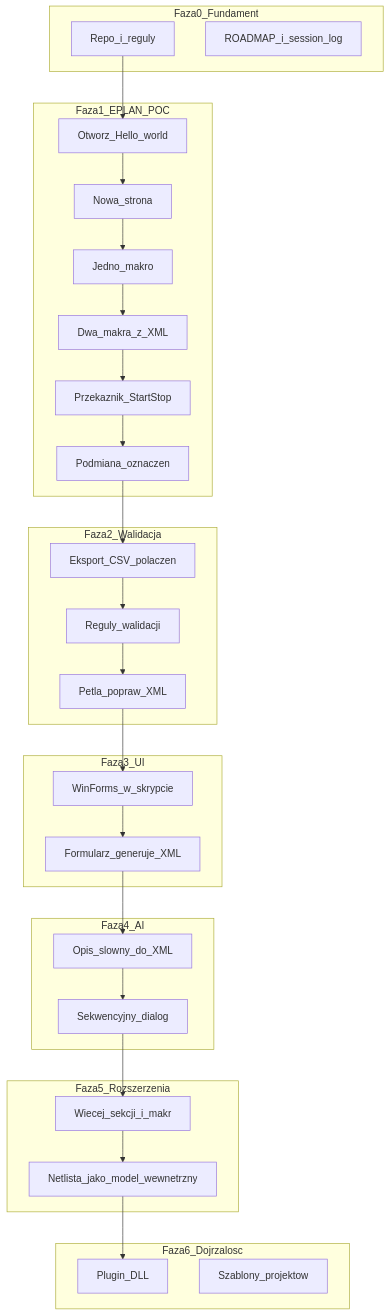
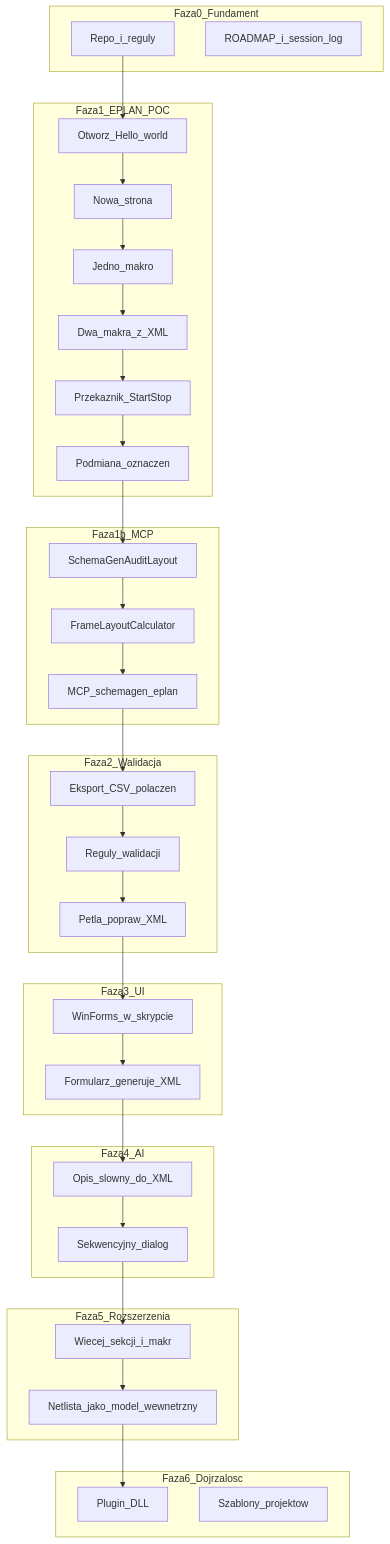
The diagram in docs/ROADMAP.md (msczosnal-lab/SchemaGen), drawn with Mermaid before and after one commit. The commit also changed other lines of this file and 24 other files, not shown here.

First line of the commit message:
Sesja 1.6: tagi silnika, FrameLayout, MCP i walidacja CSV.

````diff
--- a/docs/ROADMAP.md
+++ b/docs/ROADMAP.md
@@ -7,43 +7,49 @@
 ```mermaid
 flowchart TD
     subgraph f0 [Faza0_Fundament]
         Repo[Repo_i_reguly]
         Roadmap[ROADMAP_i_session_log]
     end
     subgraph f1 [Faza1_EPLAN_POC]
         Open[Otworz_Hello_world]
         Page[Nowa_strona]
         Macro1[Jedno_makro]
         Macro2[Dwa_makra_z_XML]
         Relay[Przekaznik_StartStop]
         Tags[Podmiana_oznaczen]
+    end
+    subgraph f1b [Faza1b_MCP]
+        MCP[MCP_schemagen_eplan]
+        Audit[SchemaGenAuditLayout]
+        Frame[FrameLayoutCalculator]
     end
     subgraph f2 [Faza2_Walidacja]
         CSV[Eksport_CSV_polaczen]
         Rules[Reguly_walidacji]
         Loop[Petla_popraw_XML]
     end
     subgraph f3 [Faza3_UI]
         Form[WinForms_w_skrypcie]
         XmlGen[Formularz_generuje_XML]
     end
     subgraph f4 [Faza4_AI]
         Parse[Opis_slowny_do_XML]
         Dialog[Sekwencyjny_dialog]
     end
     subgraph f5 [Faza5_Rozszerzenia]
         MoreMacros[Wiecej_sekcji_i_makr]
         Netlista[Netlista_jako_model_wewnetrzny]
     end
     subgraph f6 [Faza6_Dojrzalosc]
         Plugin[Plugin_DLL]
         MultiProjekt[Szablony_projektow]
     end
     Repo --> Open
     Open --> Page --> Macro1 --> Macro2 --> Relay --> Tags
-    Tags --> CSV --> Rules --> Loop
+    Tags --> Audit --> Frame --> MCP
+    MCP --> CSV --> Rules --> Loop
     Loop --> Form --> XmlGen
     XmlGen --> Parse --> Dialog
     Dialog --> MoreMacros --> Netlista
     Netlista --> Plugin
 ```
````
